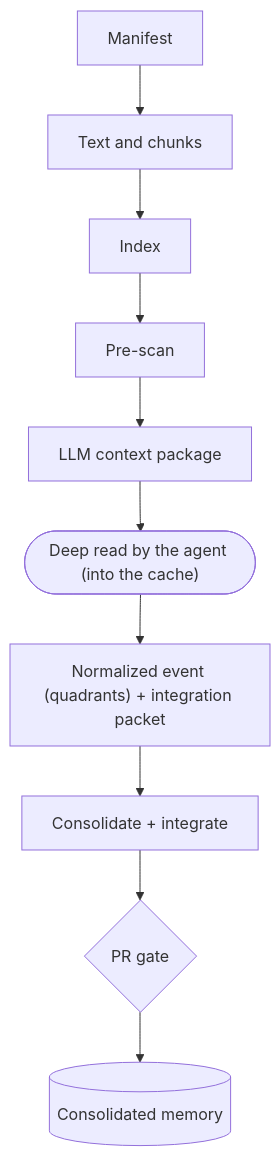
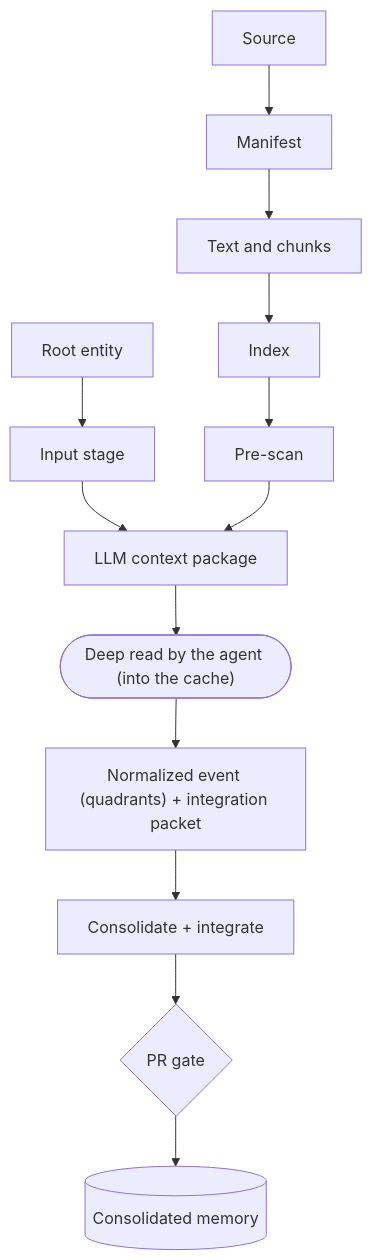
Before and after one commit to kimlage/wiki-viva-kit: the first of 2 diagrams in memories/system/wiki/ingestion-flow.md, drawn with Mermaid. The commit also changed other lines of this file and 86 other files, not shown here.

Commit message:
Add integral root entity input stage v6.8

````diff
--- a/memories/system/wiki/ingestion-flow.md
+++ b/memories/system/wiki/ingestion-flow.md
@@ -43,12 +47,15 @@
 ```mermaid
 flowchart TD
-    Manifest["Manifest"] --> Chunks["Text and chunks"]
+    Root["Root entity"] --> Stage["Input stage"]
+    Source["Source"] --> Manifest["Manifest"]
+    Manifest --> Chunks["Text and chunks"]
     Chunks --> Index["Index"]
     Index --> Prescan["Pre-scan"]
+    Stage --> Package["LLM context package"]
     Prescan --> Package["LLM context package"]
     Package --> DeepRead(["Deep read by the agent (into the cache)"])
     DeepRead --> Event["Normalized event (quadrants) + integration packet"]
     Event --> Integrate["Consolidate + integrate"]
     Integrate --> PR{"PR gate"}
     PR --> Memory[("Consolidated memory")]
 ```
````
